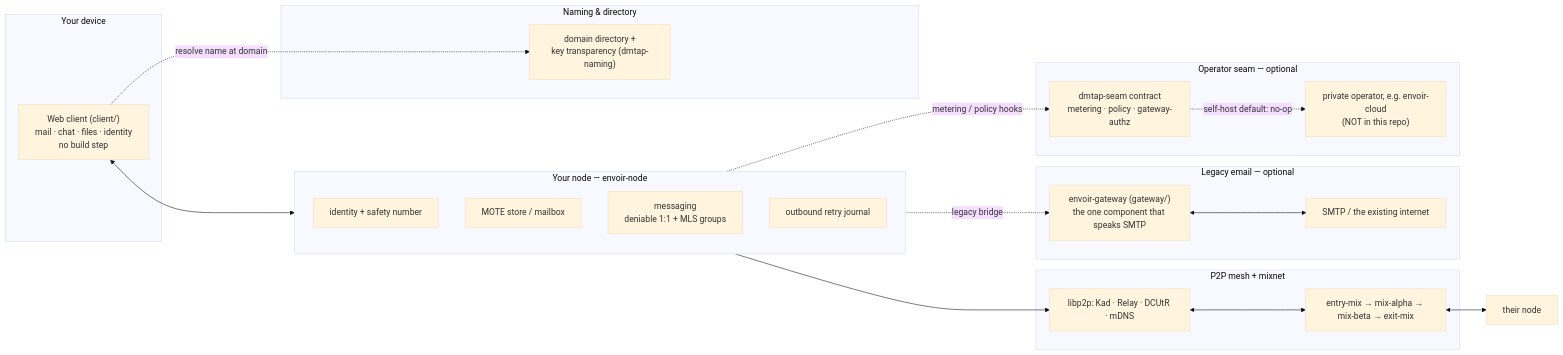
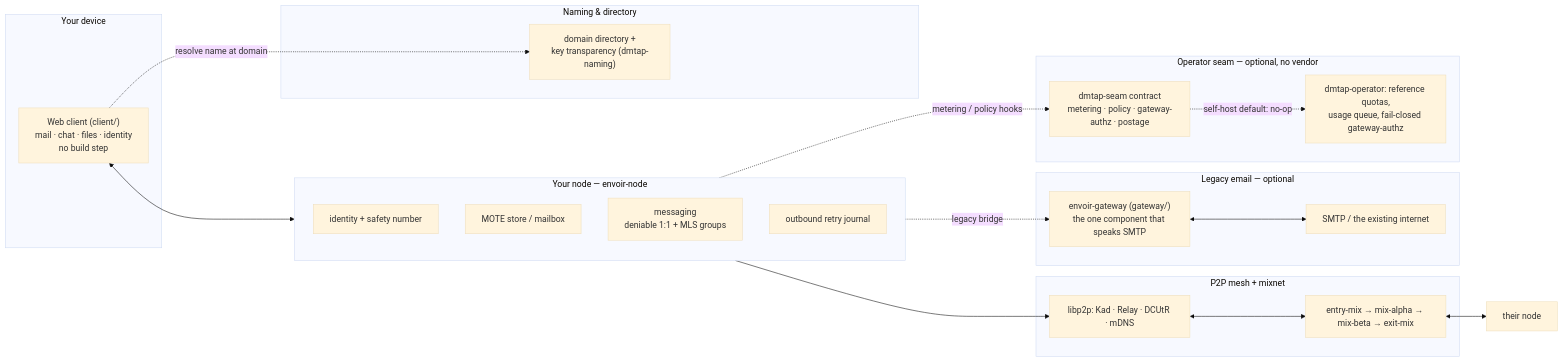
The first of 2 diagrams in site/docs-src/architecture.md (vul-os/envoir), drawn with Mermaid (base theme) before and after one commit. The commit also changed other lines of this file and 6 other files, not shown here.

````diff
--- a/site/docs-src/architecture.md
+++ b/site/docs-src/architecture.md
@@ -9,42 +9,42 @@
 ```mermaid
 flowchart LR
     subgraph You["Your device"]
         Client["Web client (client/)<br/>mail · chat · files · identity<br/>no build step"]
     end
 
     subgraph Node["Your node — envoir-node"]
         Identity_["identity + safety number"]
         Mailbox["MOTE store / mailbox"]
         Messaging["messaging<br/>deniable 1:1 + MLS groups"]
         Journal["outbound retry journal"]
     end
 
     subgraph Mesh["P2P mesh + mixnet"]
         Transport["libp2p: Kad · Relay · DCUtR · mDNS"]
         Mix["entry-mix → mix-alpha → mix-beta → exit-mix"]
     end
 
     subgraph Naming["Naming & directory"]
         KT["domain directory +<br/>key transparency (dmtap-naming)"]
     end
 
     subgraph Legacy["Legacy email — optional"]
         Gateway["envoir-gateway (gateway/)<br/>the one component that speaks SMTP"]
         SMTP["SMTP / the existing internet"]
     end
 
-    subgraph Op["Operator seam — optional"]
-        Seam["dmtap-seam contract<br/>metering · policy · gateway-authz"]
-        Cloud["private operator, e.g. envoir-cloud<br/>(NOT in this repo)"]
+    subgraph Op["Operator seam — optional, no vendor"]
+        Seam["dmtap-seam contract<br/>metering · policy · gateway-authz · postage"]
+        Ref["dmtap-operator: reference quotas,<br/>usage queue, fail-closed gateway-authz"]
     end
 
     Client <--> Node
     Node --> Transport
     Transport <--> Mix
     Mix <--> Peer["their node"]
     Client -.->|resolve name at domain| KT
     Node -.->|legacy bridge| Gateway
     Gateway <--> SMTP
     Node -.->|metering / policy hooks| Seam
-    Seam -.->|self-host default: no-op| Cloud
+    Seam -.->|self-host default: no-op| Ref
 ```
````
